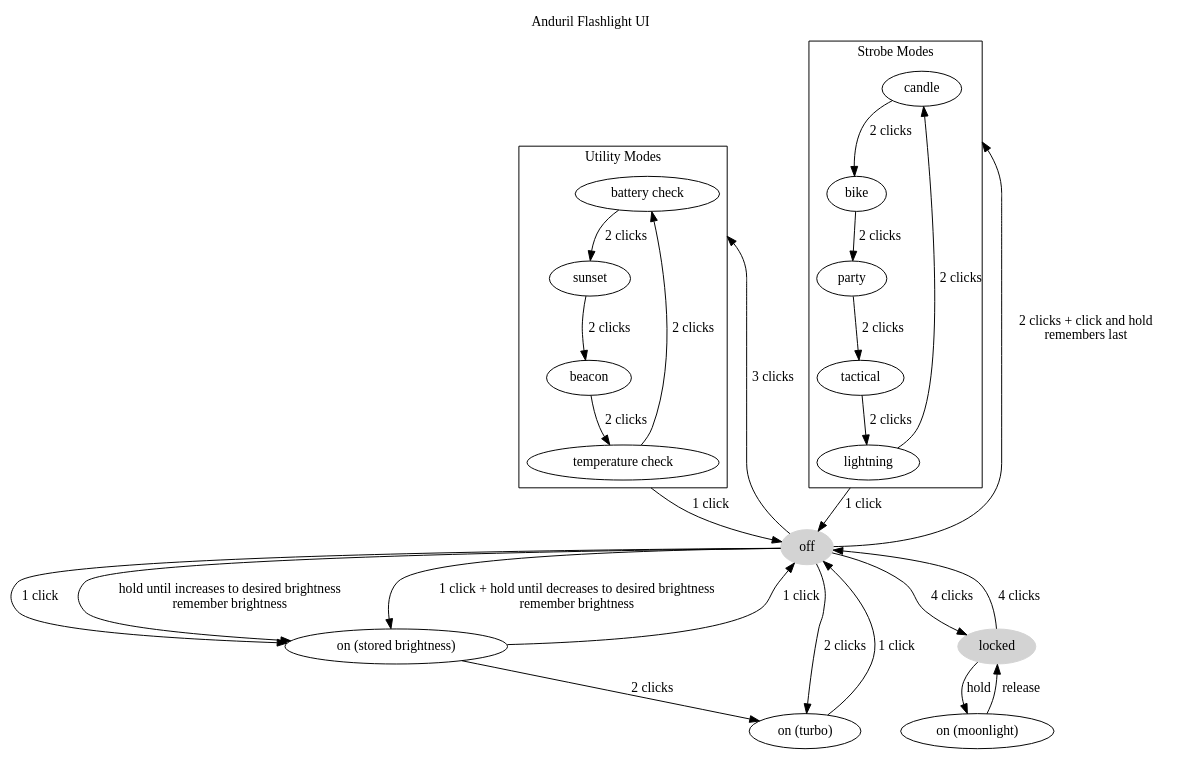
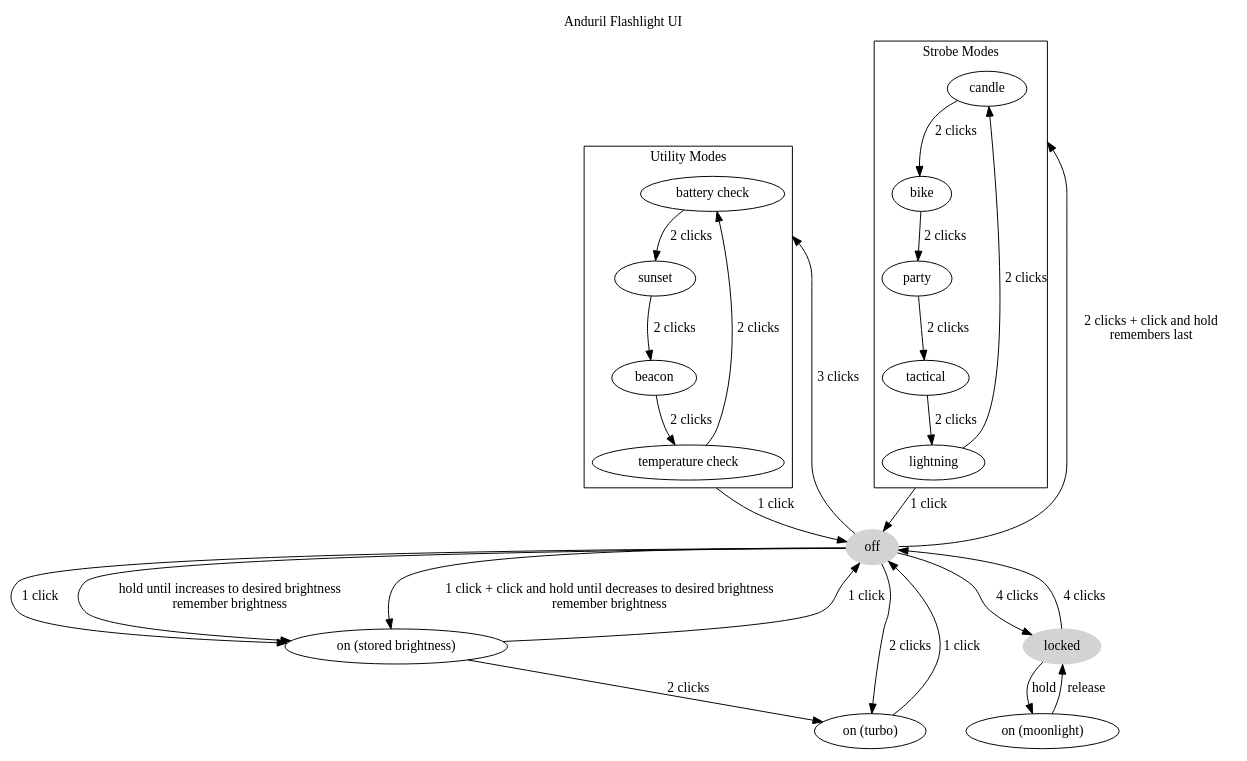
Before and after one commit to mmb/anduril-ui-diagram: the diagram in ui.dot, drawn with Graphviz. The commit also changed 2 other files, not shown here.

Commit message:
Clarify one click then hold for ramp down

```diff
--- a/ui.dot
+++ b/ui.dot
@@ -1,43 +1,43 @@
 digraph {
   compound=true
 
   off[style="filled",color="lightgrey"]
   off -> "on (stored brightness)"[label="1 click"];
   off -> "on (stored brightness)"[label="hold until increases to desired brightness\nremember brightness"];
   off -> "on (turbo)"[label="2 clicks"];
-  off -> "on (stored brightness)"[label="1 click + hold until decreases to desired brightness\nremember brightness"];
+  off -> "on (stored brightness)"[label="1 click + click and hold until decreases to desired brightness\nremember brightness"];
   off -> locked[label="4 clicks"];
 
   label="Utility Modes"
   off -> "battery check"[label="3 clicks",lhead="cluster_utility"];
   "temperature check" -> off[label="1 click",ltail="cluster_utility"]
   subgraph cluster_utility {
     "battery check" -> "sunset"[label="2 clicks"]
     sunset -> beacon[label="2 clicks"]
     beacon -> "temperature check"[label="2 clicks"]
     "temperature check" -> "battery check"[label="2 clicks"]
   }
 
   label="Strobe Modes"
   off -> candle[label="2 clicks + click and hold\nremembers last",lhead="cluster_strobe"];
   lightning -> off[label="1 click",ltail="cluster_strobe"];
   subgraph cluster_strobe {
     candle -> bike[label="2 clicks"]
     bike -> party[label="2 clicks"]
     party -> tactical[label="2 clicks"]
     tactical -> lightning[label="2 clicks"]
     lightning -> "candle"[label="2 clicks"]
   }
 
   locked[style="filled",color="lightgrey"]
   locked -> off[label="4 clicks"];
   locked -> "on (moonlight)"[label="hold"];
 
   "on (moonlight)" -> "locked"[label="release"];
   "on (stored brightness)" -> off[label="1 click"];
   "on (stored brightness)" -> "on (turbo)"[label="2 clicks"];
   "on (turbo)" -> off[label="1 click"];
 
   label="Anduril Flashlight UI"
   labelloc=t
 }
```
